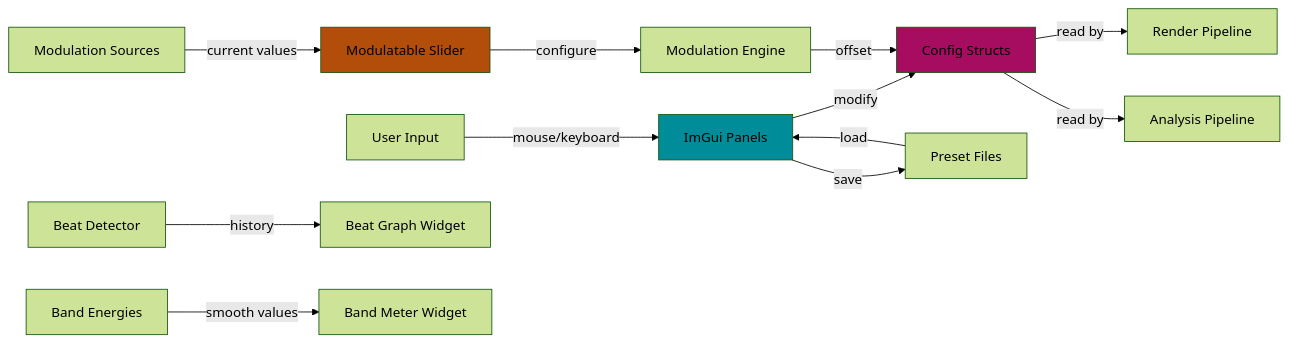
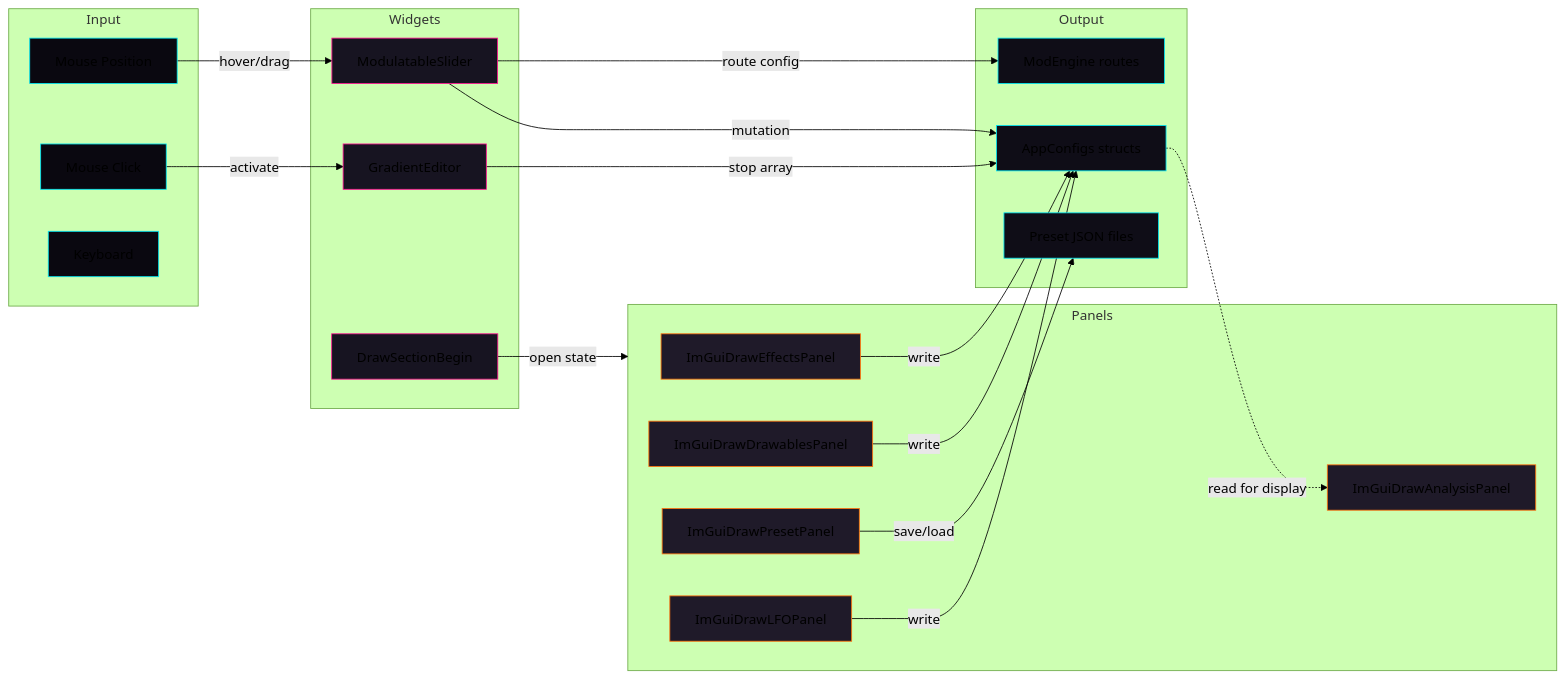
Before and after one commit to EvanLavender13/audio-jones: the diagram in docs/modules/ui.md, drawn with Mermaid (forest theme). The commit also changed other lines of this file and 9 other files, not shown here.

First line of the commit message:
Add git-based change detection to sync-architecture command

````diff
--- a/docs/modules/ui.md
+++ b/docs/modules/ui.md
@@ -26,21 +25,53 @@
 ```mermaid
-flowchart LR
-    User[User Input] -->|mouse/keyboard| ImGui[ImGui Panels]
-    ImGui -->|modify| Configs[Config Structs]
-    Configs -->|read by| Render[Render Pipeline]
-    Configs -->|read by| Analysis[Analysis Pipeline]
+graph LR
+    subgraph Input
+        Mouse[Mouse Position]
+        Click[Mouse Click]
+        Key[Keyboard]
+    end
 
-    Preset[Preset Files] -->|load| ImGui
-    ImGui -->|save| Preset
+    subgraph Widgets
+        Slider[ModulatableSlider]
+        Gradient[GradientEditor]
+        Section[DrawSectionBegin]
+    end
 
-    ModSources[Modulation Sources] -->|current values| ModSlider[Modulatable Slider]
-    ModSlider -->|configure| ModEngine[Modulation Engine]
-    ModEngine -->|offset| Configs
+    subgraph Panels
+        Effects[ImGuiDrawEffectsPanel]
+        Drawables[ImGuiDrawDrawablesPanel]
+        Analysis[ImGuiDrawAnalysisPanel]
+        Presets[ImGuiDrawPresetPanel]
+        LFOs[ImGuiDrawLFOPanel]
+    end
 
-    Beat[Beat Detector] -->|history| BeatGraph[Beat Graph Widget]
-    Bands[Band Energies] -->|smooth values| BandMeter[Band Meter Widget]
+    subgraph Output
+        Configs[AppConfigs structs]
+        Routes[ModEngine routes]
+        Files[Preset JSON files]
+    end
 
-    style ImGui fill:#008C99
-    style Configs fill:#A60D61
-    style ModSlider fill:#B34D0A
+    Mouse -->|hover/drag| Slider
+    Click -->|activate| Gradient
+
+    Slider -->|mutation| Configs
+    Slider -->|route config| Routes
+    Gradient -->|stop array| Configs
+    Section -->|open state| Panels
+
+    Effects -->|write| Configs
+    Drawables -->|write| Configs
+    LFOs -->|write| Configs
+    Presets -->|save/load| Files
+
+    Configs -.->|read for display| Analysis
+
+    classDef input fill:#0A0810,stroke:#00E6F2
+    classDef widget fill:#171421,stroke:#FF1493
+    classDef panel fill:#1F1A29,stroke:#FF730D
+    classDef output fill:#0F0D17,stroke:#00E6F2
+
+    class Mouse,Click,Key input
+    class Slider,Gradient,Section widget
+    class Effects,Drawables,Analysis,Presets,LFOs panel
+    class Configs,Routes,Files output
 ```
````
